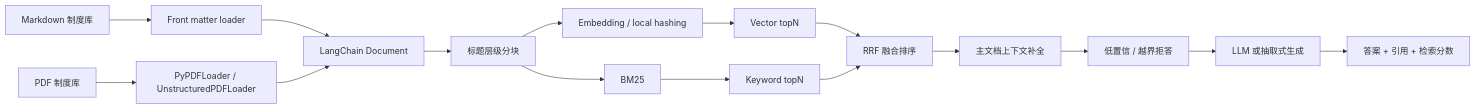
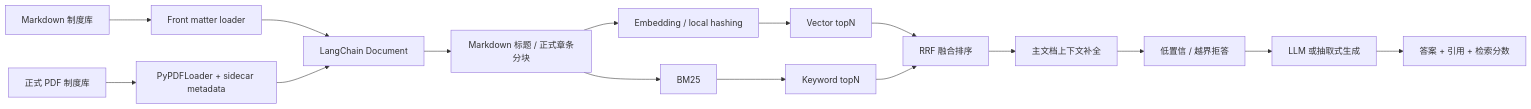
The diagram in README.md (Lzy23331/enterprise-knowledge-rag), drawn with Mermaid before and after one commit. The commit also changed other lines of this file and 45 other files, not shown here.

````diff
--- a/README.md
+++ b/README.md
@@ -16,18 +16,18 @@
 ```mermaid
 flowchart LR
     A["Markdown 制度库"] --> B["Front matter loader"]
-    P["PDF 制度库"] --> Q["PyPDFLoader / UnstructuredPDFLoader"]
+    P["正式 PDF 制度库"] --> Q["PyPDFLoader + sidecar metadata"]
     B --> N["LangChain Document"]
     Q --> N
-    N --> C["标题层级分块"]
+    N --> C["Markdown 标题 / 正式章条分块"]
     C --> D["Embedding / local hashing"]
     C --> E["BM25"]
     D --> F["Vector topN"]
     E --> G["Keyword topN"]
     F --> H["RRF 融合排序"]
     G --> H
     H --> I["主文档上下文补全"]
     I --> J["低置信 / 越界拒答"]
     J --> K["LLM 或抽取式生成"]
     K --> L["答案 + 引用 + 检索分数"]
 ```
````
